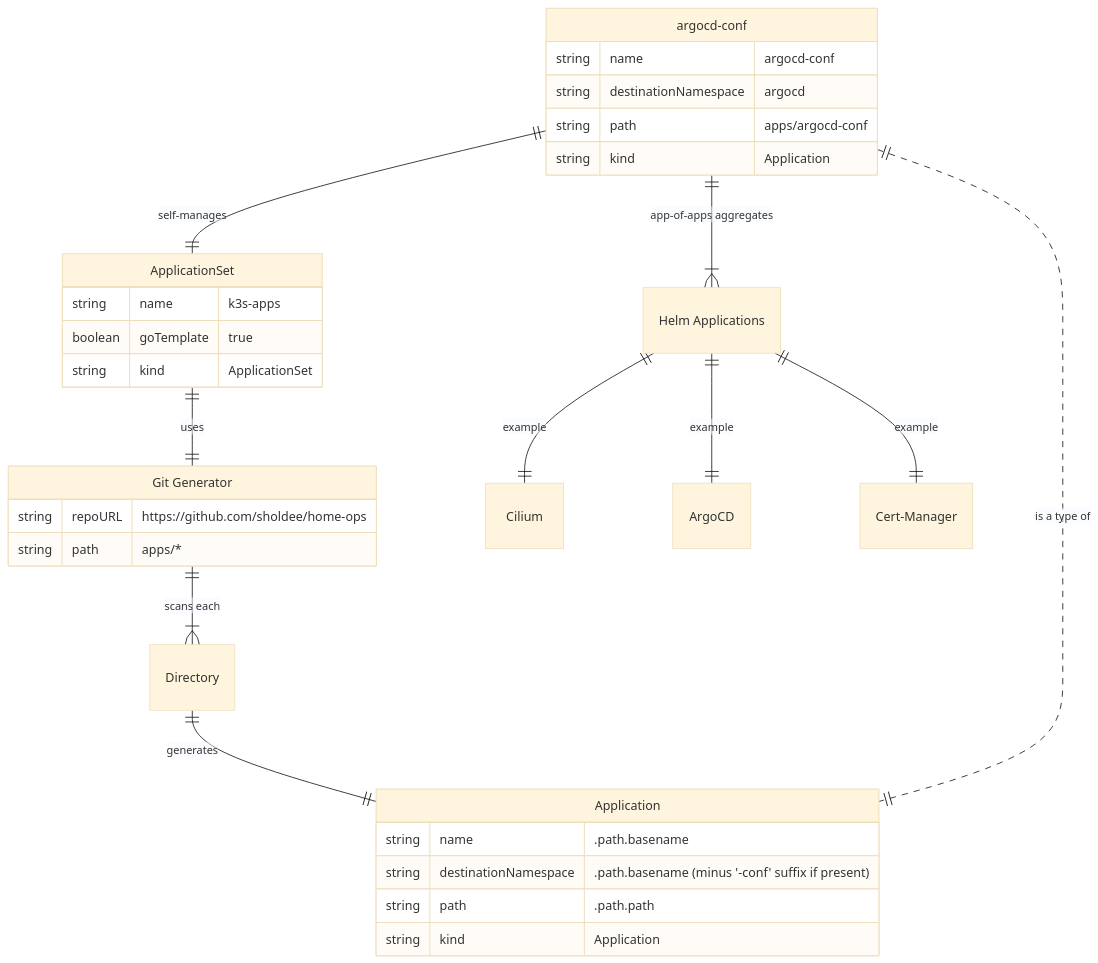
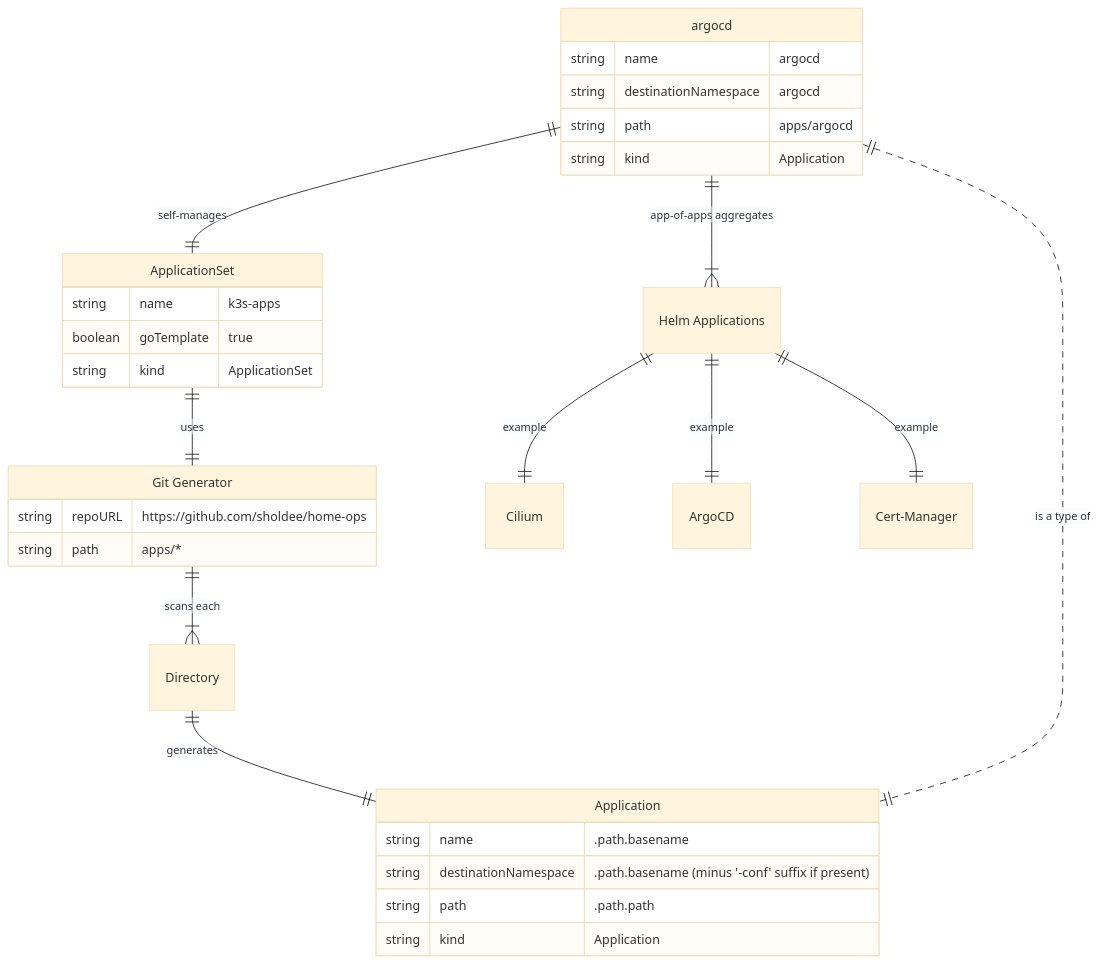
One commit to sholdee/home-ops changed the diagram in README.md. Above: the diagram before and after it, drawn with Mermaid (base theme). The commit also changed other lines of this file and 7 other files, not shown here.

````diff
--- a/README.md
+++ b/README.md
@@ -52,39 +52,39 @@
 ```mermaid
 erDiagram
     ApplicationSet {
       string name "k3s-apps"
       boolean goTemplate "true"
       string kind "ApplicationSet"
     }
     "Git Generator" {
       string repoURL "https:&sol;&sol;github&period;com/sholdee/home-ops"
       string path "apps/*"
     }
     Directory
     Application {
       string name ".path.basename"
       string destinationNamespace ".path.basename (minus '-conf' suffix if present)"
       string path ".path.path"
       string kind "Application"
     }
-    argocd-conf {
-      string name "argocd-conf"
+    argocd {
+      string name "argocd"
       string destinationNamespace "argocd"
-      string path "apps/argocd-conf"
+      string path "apps/argocd"
       string kind "Application"
     }
     "Helm Applications"
     Cilium
     ArgoCD
     Cert-Manager
 
     ApplicationSet ||--|| "Git Generator" : "uses"
     "Git Generator" ||--|{ Directory : "scans each"
     Directory ||--|| Application : "generates"
-    argocd-conf ||..|| Application : "is a type of"
-    argocd-conf ||--|{ "Helm Applications" : "app-of-apps aggregates"
+    argocd ||..|| Application : "is a type of"
+    argocd ||--|{ "Helm Applications" : "app-of-apps aggregates"
     "Helm Applications" ||--|| Cilium : "example"
     "Helm Applications" ||--|| ArgoCD : "example"
     "Helm Applications" ||--|| Cert-Manager : "example"
-    argocd-conf ||--|| ApplicationSet : "self-manages"
+    argocd ||--|| ApplicationSet : "self-manages"
 ```
````
